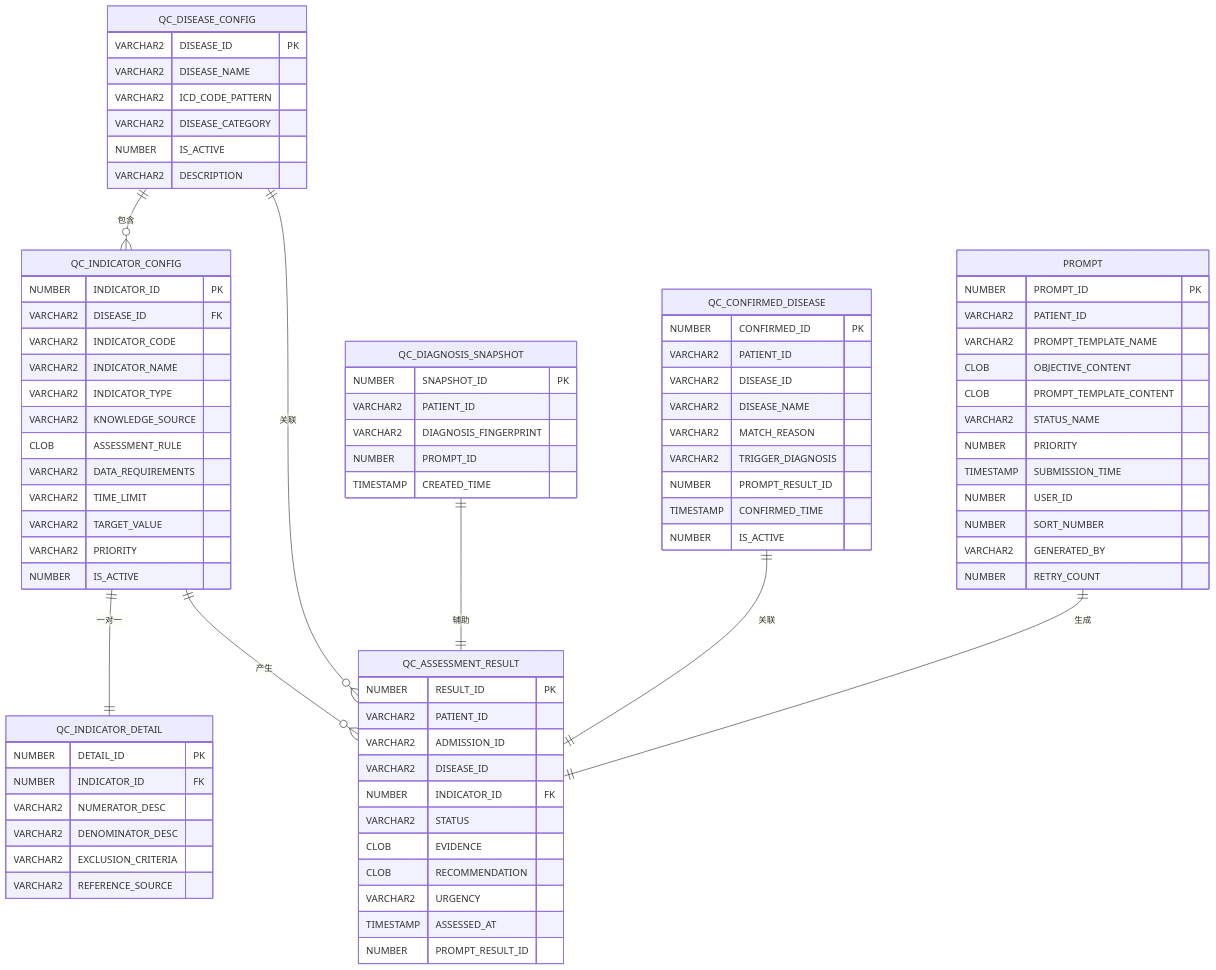
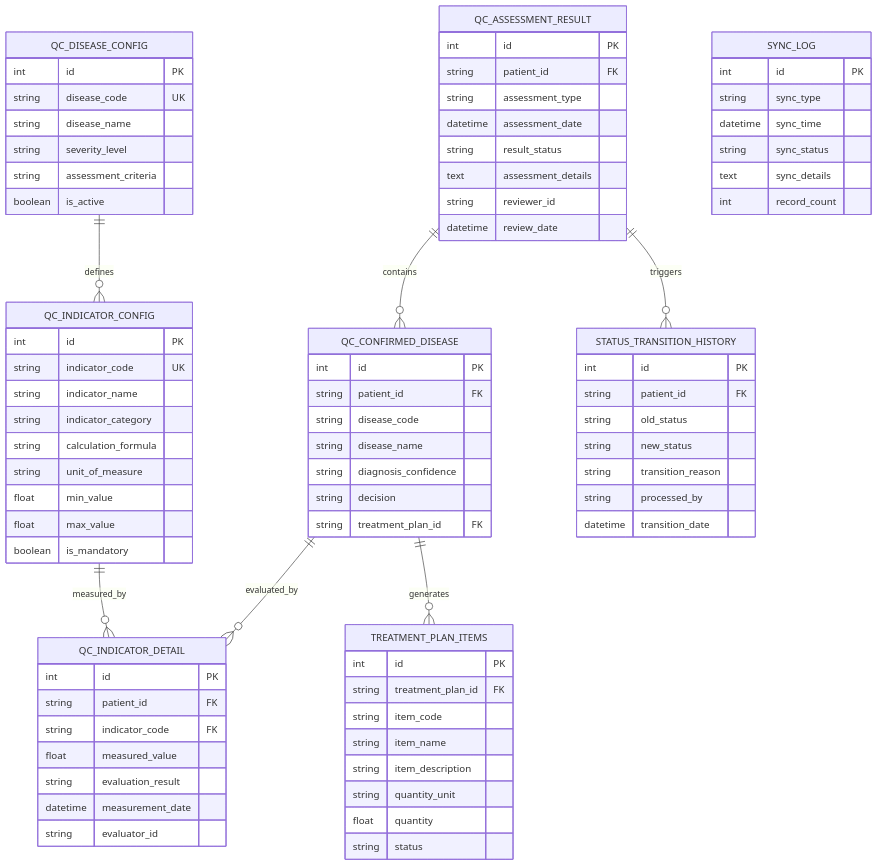
The third of 6 diagrams in .qoder/repowiki/zh/content/QC评估引擎.md (liuzh2008/med_ai_assistant_workspace), drawn with Mermaid before and after one commit. The commit also changed other lines of this file and 5 other files, not shown here.

````diff
--- a/.qoder/repowiki/zh/content/QC评估引擎.md
+++ b/.qoder/repowiki/zh/content/QC评估引擎.md
@@ -324,85 +153,83 @@
 ```mermaid
 erDiagram
+QC_ASSESSMENT_RESULT {
+int id PK
+string patient_id FK
+string assessment_type
+datetime assessment_date
+string result_status
+text assessment_details
+string reviewer_id
+datetime review_date
+}
+QC_CONFIRMED_DISEASE {
+int id PK
+string patient_id FK
+string disease_code
+string disease_name
+string diagnosis_confidence
+string decision
+string treatment_plan_id FK
+}
 QC_DISEASE_CONFIG {
-VARCHAR2 DISEASE_ID PK
-VARCHAR2 DISEASE_NAME
-VARCHAR2 ICD_CODE_PATTERN
-VARCHAR2 DISEASE_CATEGORY
-NUMBER IS_ACTIVE
-VARCHAR2 DESCRIPTION
+int id PK
+string disease_code UK
+string disease_name
+string severity_level
+string assessment_criteria
+boolean is_active
 }
 QC_INDICATOR_CONFIG {
-NUMBER INDICATOR_ID PK
-VARCHAR2 DISEASE_ID FK
-VARCHAR2 INDICATOR_CODE
-VARCHAR2 INDICATOR_NAME
-VARCHAR2 INDICATOR_TYPE
-VARCHAR2 KNOWLEDGE_SOURCE
-CLOB ASSESSMENT_RULE
-VARCHAR2 DATA_REQUIREMENTS
-VARCHAR2 TIME_LIMIT
-VARCHAR2 TARGET_VALUE
-VARCHAR2 PRIORITY
-NUMBER IS_ACTIVE
+int id PK
+string indicator_code UK
+string indicator_name
+string indicator_category
+string calculation_formula
+string unit_of_measure
+float min_value
+float max_value
+boolean is_mandatory
 }
 QC_INDICATOR_DETAIL {
-NUMBER DETAIL_ID PK
-NUMBER INDICATOR_ID FK
-VARCHAR2 NUMERATOR_DESC
-VARCHAR2 DENOMINATOR_DESC
-VARCHAR2 EXCLUSION_CRITERIA
-VARCHAR2 REFERENCE_SOURCE
+int id PK
+string patient_id FK
+string indicator_code FK
+float measured_value
+string evaluation_result
+datetime measurement_date
+string evaluator_id
 }
-QC_ASSESSMENT_RESULT {
-NUMBER RESULT_ID PK
-VARCHAR2 PATIENT_ID
-VARCHAR2 ADMISSION_ID
-VARCHAR2 DISEASE_ID
-NUMBER INDICATOR_ID FK
-VARCHAR2 STATUS
-CLOB EVIDENCE
-CLOB RECOMMENDATION
-VARCHAR2 URGENCY
-TIMESTAMP ASSESSED_AT
-NUMBER PROMPT_RESULT_ID
+TREATMENT_PLAN_ITEMS {
+int id PK
+string treatment_plan_id FK
+string item_code
+string item_name
+string item_description
+string quantity_unit
+float quantity
+string status
 }
-QC_DIAGNOSIS_SNAPSHOT {
-NUMBER SNAPSHOT_ID PK
-VARCHAR2 PATIENT_ID
-VARCHAR2 DIAGNOSIS_FINGERPRINT
-NUMBER PROMPT_ID
-TIMESTAMP CREATED_TIME
+STATUS_TRANSITION_HISTORY {
+int id PK
+string patient_id FK
+string old_status
+string new_status
+string transition_reason
+string processed_by
+datetime transition_date
 }
-QC_CONFIRMED_DISEASE {
-NUMBER CONFIRMED_ID PK
-VARCHAR2 PATIENT_ID
-VARCHAR2 DISEASE_ID
-VARCHAR2 DISEASE_NAME
-VARCHAR2 MATCH_REASON
-VARCHAR2 TRIGGER_DIAGNOSIS
-NUMBER PROMPT_RESULT_ID
-TIMESTAMP CONFIRMED_TIME
-NUMBER IS_ACTIVE
+SYNC_LOG {
+int id PK
+string sync_type
+datetime sync_time
+string sync_status
+text sync_details
+int record_count
 }
-PROMPT {
-NUMBER PROMPT_ID PK
-VARCHAR2 PATIENT_ID
-VARCHAR2 PROMPT_TEMPLATE_NAME
-CLOB OBJECTIVE_CONTENT
-CLOB PROMPT_TEMPLATE_CONTENT
-VARCHAR2 STATUS_NAME
-NUMBER PRIORITY
-TIMESTAMP SUBMISSION_TIME
-NUMBER USER_ID
-NUMBER SORT_NUMBER
-VARCHAR2 GENERATED_BY
-NUMBER RETRY_COUNT
-}
-QC_DISEASE_CONFIG ||--o{ QC_INDICATOR_CONFIG : "包含"
-QC_INDICATOR_CONFIG ||--|| QC_INDICATOR_DETAIL : "一对一"
-QC_INDICATOR_CONFIG ||--o{ QC_ASSESSMENT_RESULT : "产生"
-QC_DISEASE_CONFIG ||--o{ QC_ASSESSMENT_RESULT : "关联"
-QC_DIAGNOSIS_SNAPSHOT ||--|| QC_ASSESSMENT_RESULT : "辅助"
-QC_CONFIRMED_DISEASE ||--|| QC_ASSESSMENT_RESULT : "关联"
-PROMPT ||--|| QC_ASSESSMENT_RESULT : "生成"
+QC_ASSESSMENT_RESULT ||--o{ QC_CONFIRMED_DISEASE : "contains"
+QC_CONFIRMED_DISEASE ||--o{ QC_INDICATOR_DETAIL : "evaluated_by"
+QC_DISEASE_CONFIG ||--o{ QC_INDICATOR_CONFIG : "defines"
+QC_INDICATOR_CONFIG ||--o{ QC_INDICATOR_DETAIL : "measured_by"
+QC_ASSESSMENT_RESULT ||--o{ STATUS_TRANSITION_HISTORY : "triggers"
+QC_CONFIRMED_DISEASE ||--o{ TREATMENT_PLAN_ITEMS : "generates"
 ```
````
